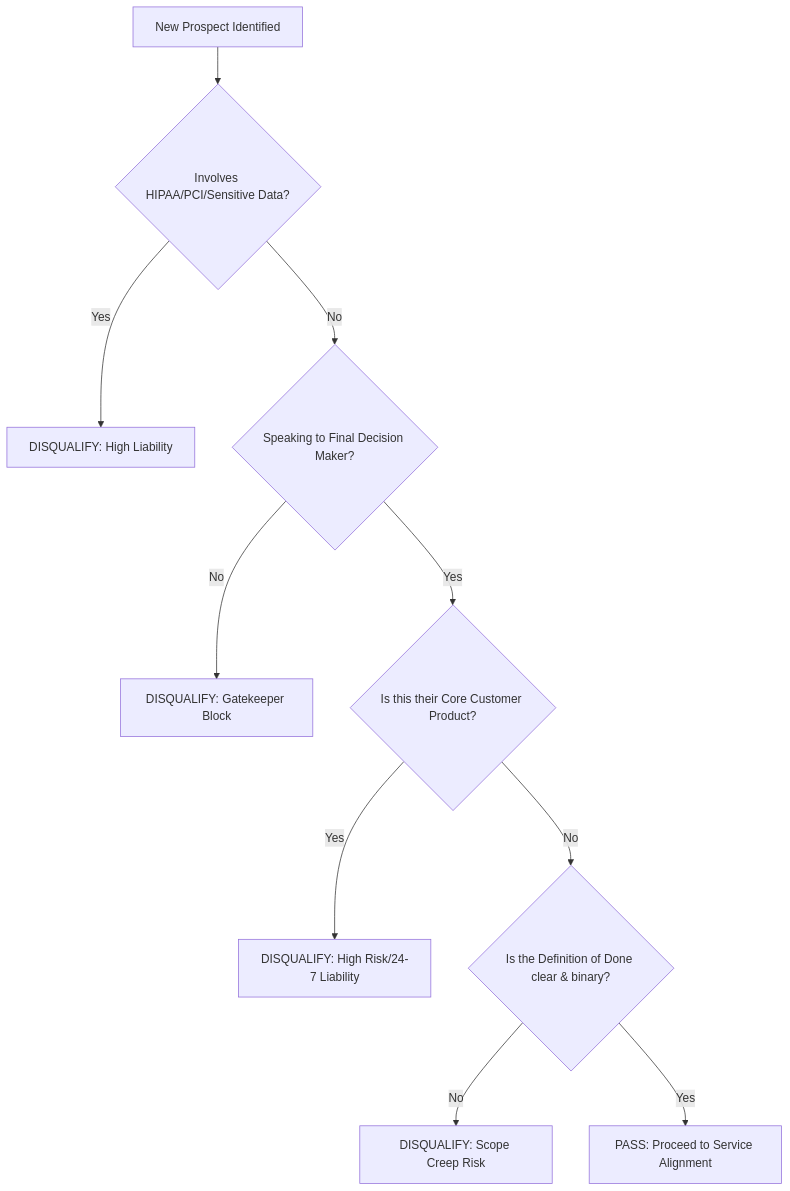
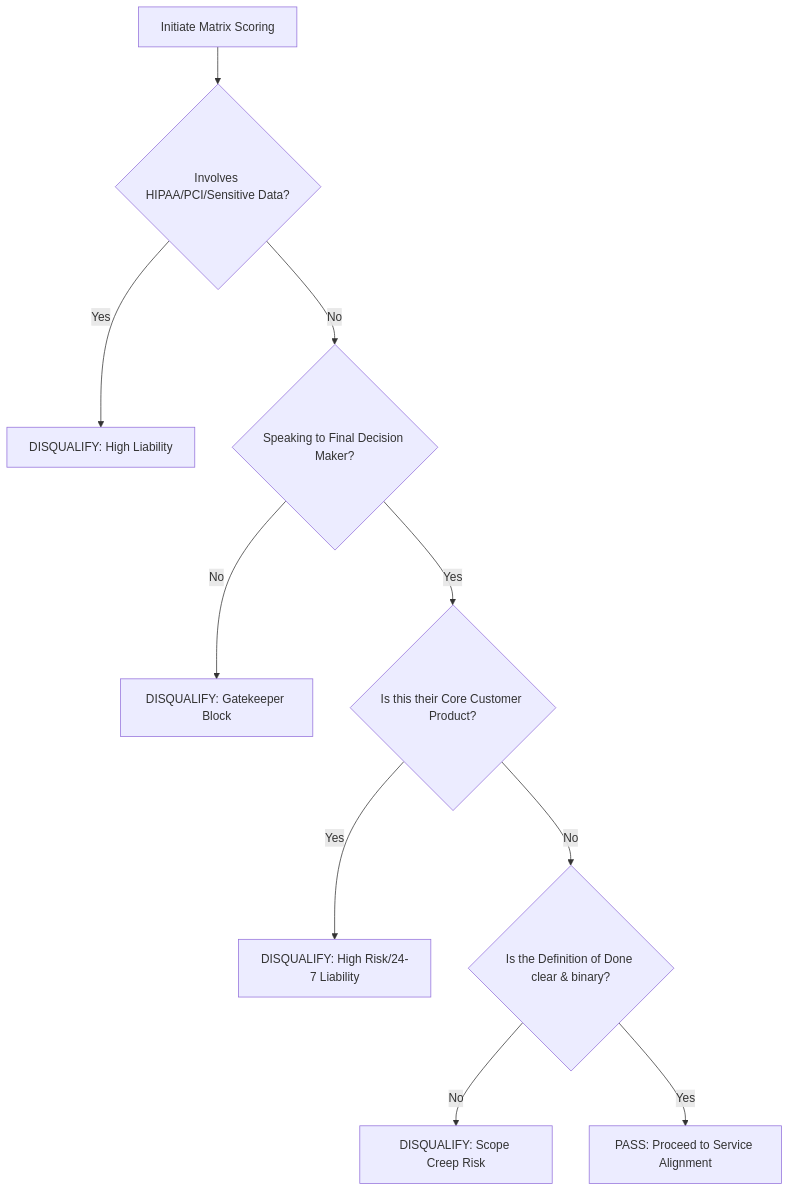
Before and after one commit to mnaatjes/consulting: the third of 5 diagrams in docs/explanation/decision_matrix_flow.md, drawn with Mermaid. The commit also changed other lines of this file and 1 other file, not shown here.

````diff
--- a/docs/explanation/decision_matrix_flow.md
+++ b/docs/explanation/decision_matrix_flow.md
@@ -16,12 +57,12 @@
 ```mermaid
 graph TD
-    A[New Prospect Identified] --> B{Involves HIPAA/PCI/Sensitive Data?}
-    B -- Yes --> Z[DISQUALIFY: High Liability]
-    B -- No --> C{Speaking to Final Decision Maker?}
-    C -- No --> Y[DISQUALIFY: Gatekeeper Block]
-    C -- Yes --> D{Is this their Core Customer Product?}
-    D -- Yes --> X[DISQUALIFY: High Risk/24-7 Liability]
-    D -- No --> E{Is the Definition of Done clear & binary?}
-    E -- No --> W[DISQUALIFY: Scope Creep Risk]
-    E -- Yes --> F[PASS: Proceed to Service Alignment]
+    T[Initiate Matrix Scoring] --> U{Involves HIPAA/PCI/Sensitive Data?}
+    U -- Yes --> Z[DISQUALIFY: High Liability]
+    U -- No --> V{Speaking to Final Decision Maker?}
+    V -- No --> Y[DISQUALIFY: Gatekeeper Block]
+    V -- Yes --> W{Is this their Core Customer Product?}
+    W -- Yes --> X[DISQUALIFY: High Risk/24-7 Liability]
+    W -- No --> E2{Is the Definition of Done clear & binary?}
+    E2 -- No --> W2[DISQUALIFY: Scope Creep Risk]
+    E2 -- Yes --> F2[PASS: Proceed to Service Alignment]
 ```
````
